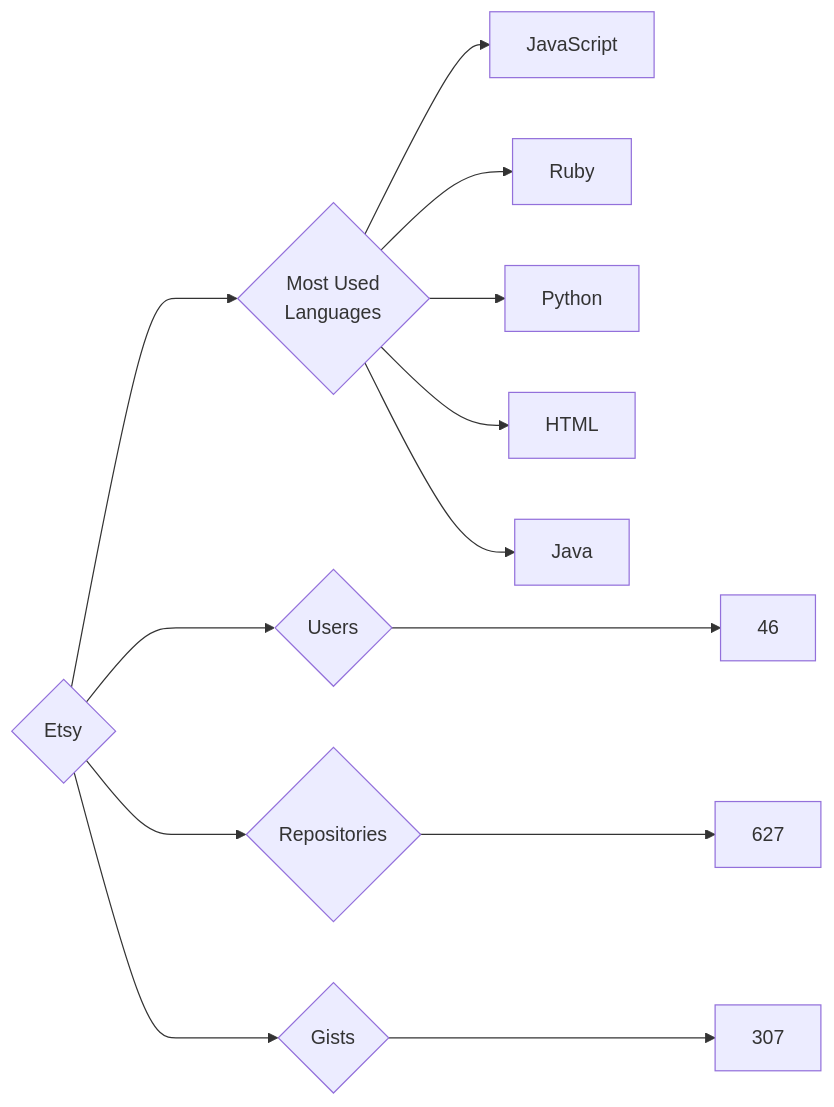
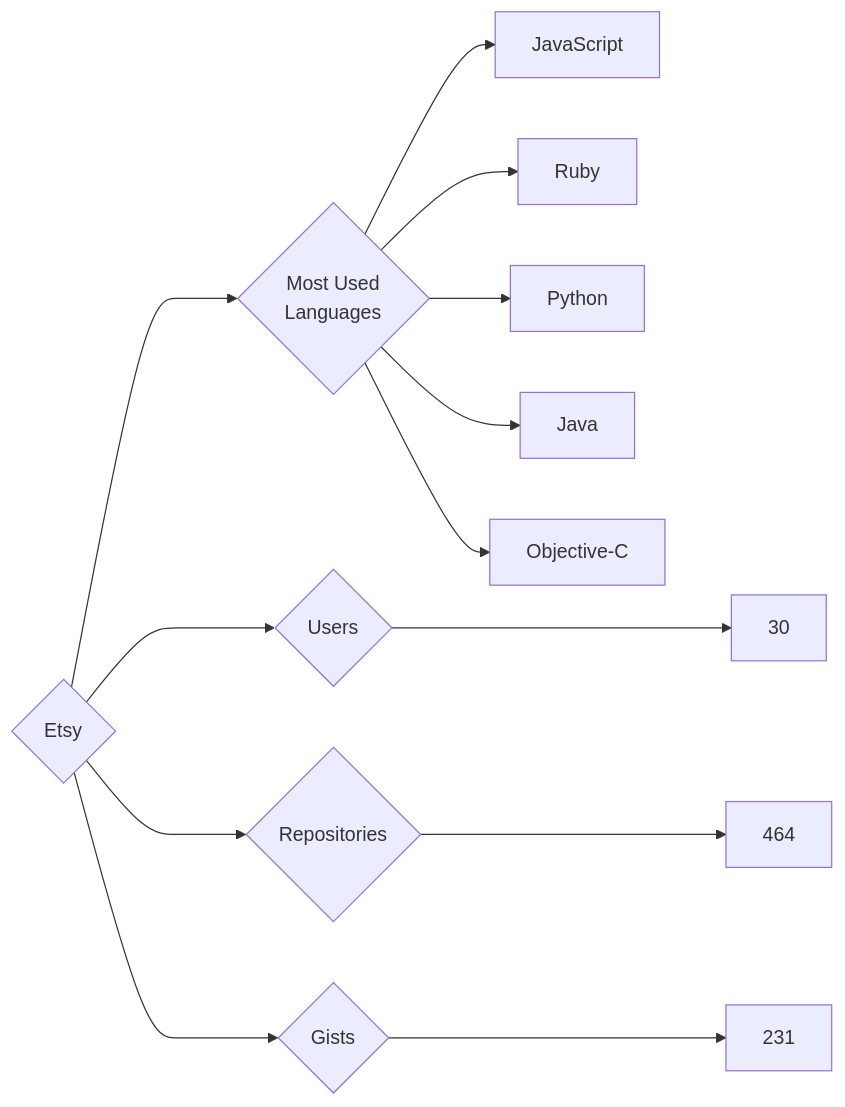
One commit to trickest/insiders changed the diagram in targets/Etsy/README.md. Above: the diagram before and after it, drawn with Mermaid. The commit also changed 814 other files, not shown here.

````diff
--- a/targets/Etsy/README.md
+++ b/targets/Etsy/README.md
@@ -3,13 +3,13 @@
 ```mermaid
 graph LR
 COMPANY_NAME{Etsy}
-COMPANY_NAME ---> U{Users} ---> UN[46]
-COMPANY_NAME ---> R{Repositories} ---> RN[627]
-COMPANY_NAME ---> G{Gists} ---> GN[307]
+COMPANY_NAME ---> U{Users} ---> UN[30]
+COMPANY_NAME ---> R{Repositories} ---> RN[464]
+COMPANY_NAME ---> G{Gists} ---> GN[231]
 COMPANY_NAME ---> ML{Most Used<br>Languages}
 ML --> JavaScript[JavaScript]
 ML --> Ruby[Ruby]
 ML --> Python[Python]
-ML --> HTML[HTML]
 ML --> Java[Java]
+ML --> Objective-C[Objective-C]
 ```
````
